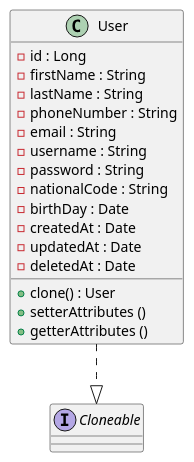
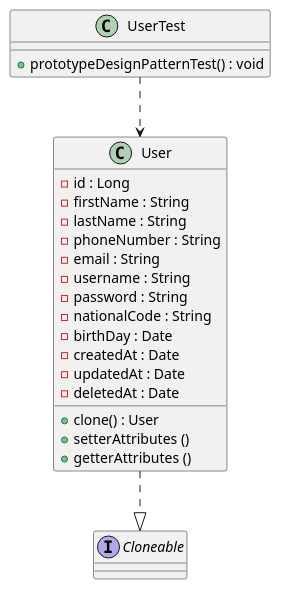
The diagram in src/main/java/com/rezahdrm/creational/prototype/prototypeUML.puml (reza-hdrm/DesignPatterns), drawn with PlantUML before and after one commit. The commit also changed 37 other files, not shown here.

```diff
--- a/src/main/java/com/rezahdrm/creational/prototype/prototypeUML.puml
+++ b/src/main/java/com/rezahdrm/creational/prototype/prototypeUML.puml
@@ -1,25 +1,30 @@
 @startuml
 
 class User{
 	- id : Long
 	- firstName : String
 	- lastName : String
 	- phoneNumber : String
 	- email : String
 	- username : String
 	- password : String
 	- nationalCode : String
 	- birthDay : Date
 	- createdAt : Date
 	- updatedAt : Date
 	- deletedAt : Date
 
 	+ clone() : User
 	+ setterAttributes ()
 	+ getterAttributes ()
 }
 
+class UserTest {
+    + prototypeDesignPatternTest() : void
+}
+
 interface Cloneable
 User ..|> Cloneable
+UserTest ..> User
 
 @enduml
```
